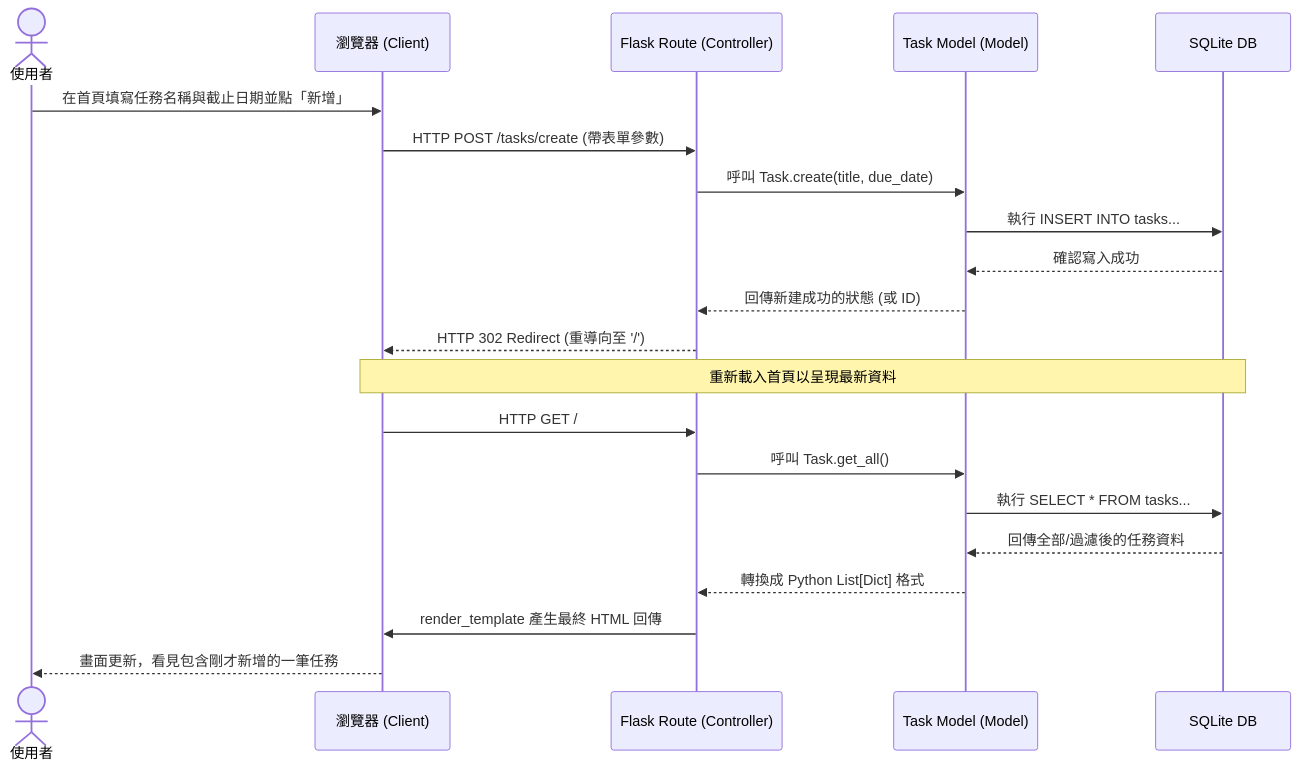
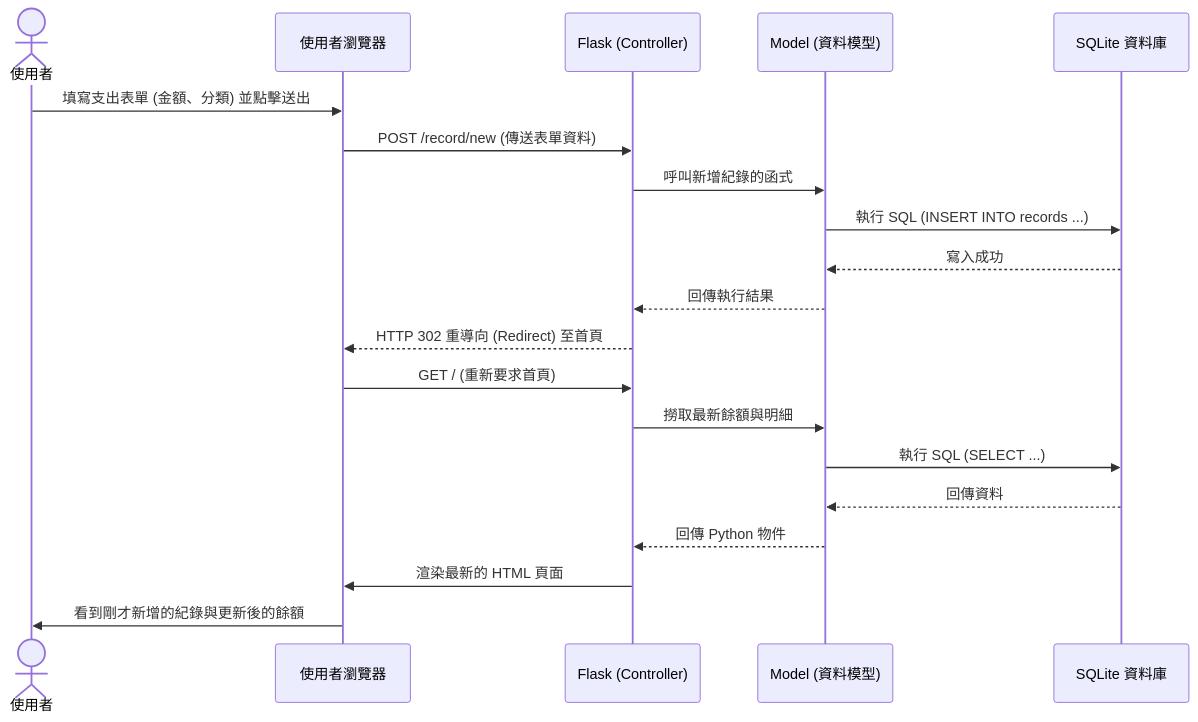
Before and after one commit to d1419867/web_app_development: the second of 2 diagrams in docs/FLOWCHART.md, drawn with Mermaid. The commit also changed other lines of this file, not shown here.

Commit message:
docs: add user flowchart

````diff
--- a/docs/FLOWCHART.md
+++ b/docs/FLOWCHART.md
@@ -39,26 +28,23 @@
 ```mermaid
 sequenceDiagram
     actor User as 使用者
-    participant Browser as 瀏覽器 (Client)
-    participant Flask as Flask Route (Controller)
-    participant Model as Task Model (Model)
-    participant DB as SQLite DB
+    participant Browser as 使用者瀏覽器
+    participant Route as Flask (Controller)
+    participant Model as Model (資料模型)
+    participant DB as SQLite 資料庫
     
-    User->>Browser: 在首頁填寫任務名稱與截止日期並點「新增」
-    Browser->>Flask: HTTP POST /tasks/create (帶表單參數)
-    Flask->>Model: 呼叫 Task.create(title, due_date)
-    Model->>DB: 執行 INSERT INTO tasks...
-    DB-->>Model: 確認寫入成功
-    Model-->>Flask: 回傳新建成功的狀態 (或 ID)
-    Flask-->>Browser: HTTP 302 Redirect (重導向至 '/')
-    
-    Note over Browser, DB: 重新載入首頁以呈現最新資料
-    
-    Browser->>Flask: HTTP GET /
-    Flask->>Model: 呼叫 Task.get_all()
-    Model->>DB: 執行 SELECT * FROM tasks...
-    DB-->>Model: 回傳全部/過濾後的任務資料
-    Model-->>Flask: 轉換成 Python List[Dict] 格式
-    Flask->>Browser: render_template 產生最終 HTML 回傳
-    Browser-->>User: 畫面更新，看見包含剛才新增的一筆任務
+    User->>Browser: 填寫支出表單 (金額、分類) 並點擊送出
+    Browser->>Route: POST /record/new (傳送表單資料)
+    Route->>Model: 呼叫新增紀錄的函式
+    Model->>DB: 執行 SQL (INSERT INTO records ...)
+    DB-->>Model: 寫入成功
+    Model-->>Route: 回傳執行結果
+    Route-->>Browser: HTTP 302 重導向 (Redirect) 至首頁
+    Browser->>Route: GET / (重新要求首頁)
+    Route->>Model: 撈取最新餘額與明細
+    Model->>DB: 執行 SQL (SELECT ...)
+    DB-->>Model: 回傳資料
+    Model-->>Route: 回傳 Python 物件
+    Route->>Browser: 渲染最新的 HTML 頁面
+    Browser->>User: 看到剛才新增的紀錄與更新後的餘額
 ```
````
